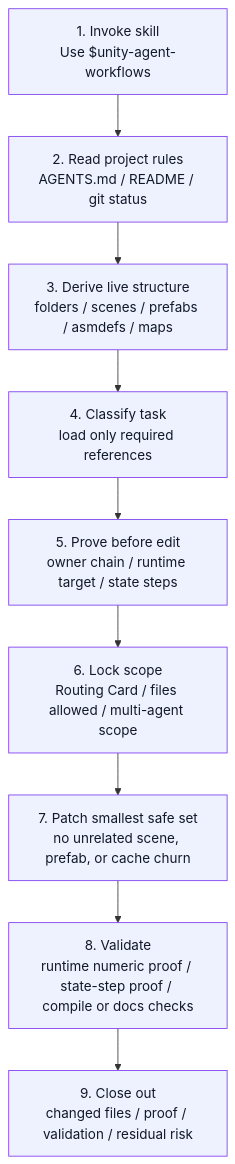
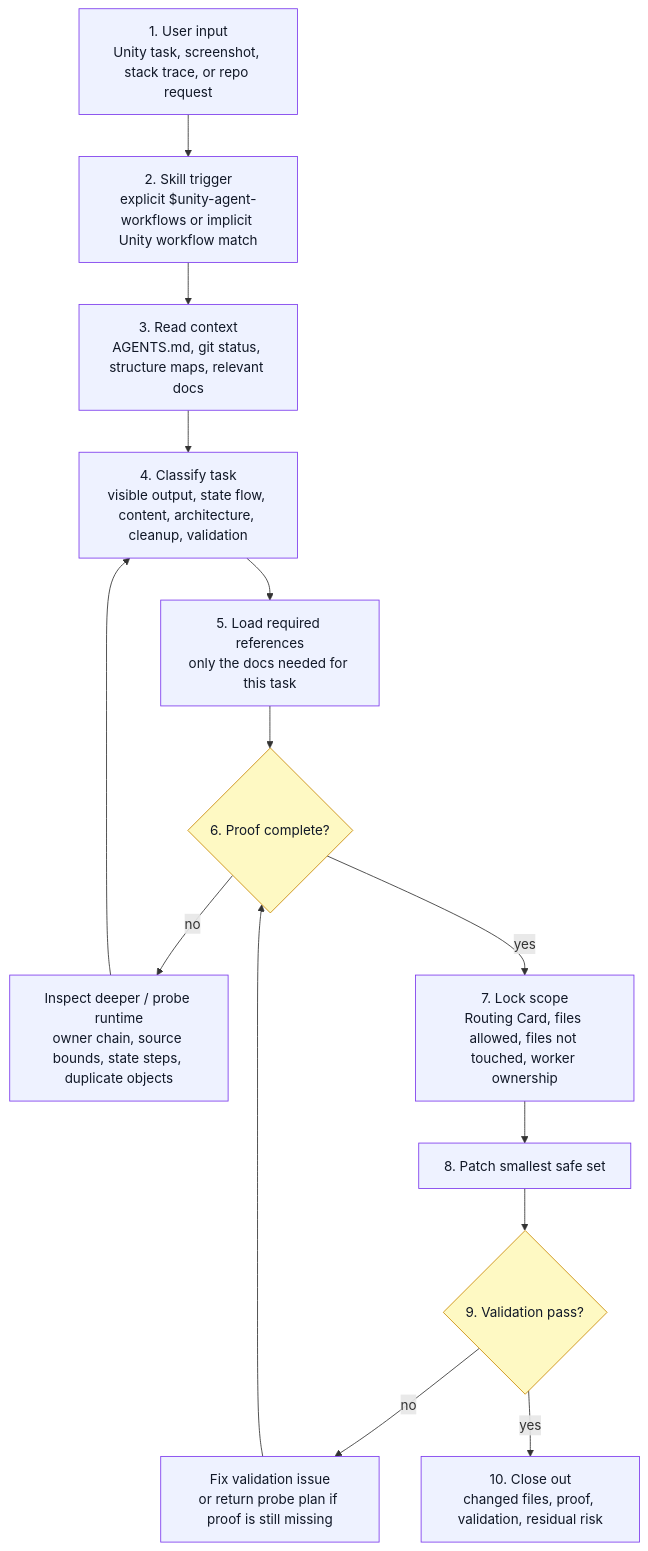
One commit to AUN-PN/unity-agent-workflows changed the diagram in README.md. Above: the diagram before and after it, drawn with Mermaid. The commit also changed other lines of this file and 2 other files, not shown here.

Commit message:
Update workflow steps in README

````diff
--- a/README.md
+++ b/README.md
@@ -47,17 +47,26 @@
 ```mermaid
 flowchart TD
-    step1["1. Invoke skill<br/>Use $unity-agent-workflows"]
-    step2["2. Read project rules<br/>AGENTS.md / README / git status"]
-    step3["3. Derive live structure<br/>folders / scenes / prefabs / asmdefs / maps"]
-    step4["4. Classify task<br/>load only required references"]
-    step5["5. Prove before edit<br/>owner chain / runtime target / state steps"]
-    step6["6. Lock scope<br/>Routing Card / files allowed / multi-agent scope"]
-    step7["7. Patch smallest safe set<br/>no unrelated scene, prefab, or cache churn"]
-    step8["8. Validate<br/>runtime numeric proof / state-step proof / compile or docs checks"]
-    step9["9. Close out<br/>changed files / proof / validation / residual risk"]
+    input["1. User input<br/>Unity task, screenshot, stack trace, or repo request"]
+    invoke["2. Skill trigger<br/>explicit $unity-agent-workflows or implicit Unity workflow match"]
+    context["3. Read context<br/>AGENTS.md, git status, structure maps, relevant docs"]
+    classify["4. Classify task<br/>visible output, state flow, content, architecture, cleanup, validation"]
+    refs["5. Load required references<br/>only the docs needed for this task"]
+    prove{"6. Proof complete?"}
+    inspect["Inspect deeper / probe runtime<br/>owner chain, source bounds, state steps, duplicate objects"]
+    scope["7. Lock scope<br/>Routing Card, files allowed, files not touched, worker ownership"]
+    patch["8. Patch smallest safe set"]
+    validate{"9. Validation pass?"}
+    fixloop["Fix validation issue<br/>or return probe plan if proof is still missing"]
+    close["10. Close out<br/>changed files, proof, validation, residual risk"]
 
-    step1 --> step2 --> step3 --> step4 --> step5 --> step6 --> step7 --> step8 --> step9
+    input --> invoke --> context --> classify --> refs --> prove
+    prove -- "no" --> inspect --> classify
+    prove -- "yes" --> scope --> patch --> validate
+    validate -- "no" --> fixloop --> prove
+    validate -- "yes" --> close
 
     classDef step fill:#eef2ff,stroke:#7c3aed,color:#111827;
-    class step1,step2,step3,step4,step5,step6,step7,step8,step9 step;
+    classDef decision fill:#fef9c3,stroke:#ca8a04,color:#111827;
+    class input,invoke,context,classify,refs,inspect,scope,patch,fixloop,close step;
+    class prove,validate decision;
 ```
````
